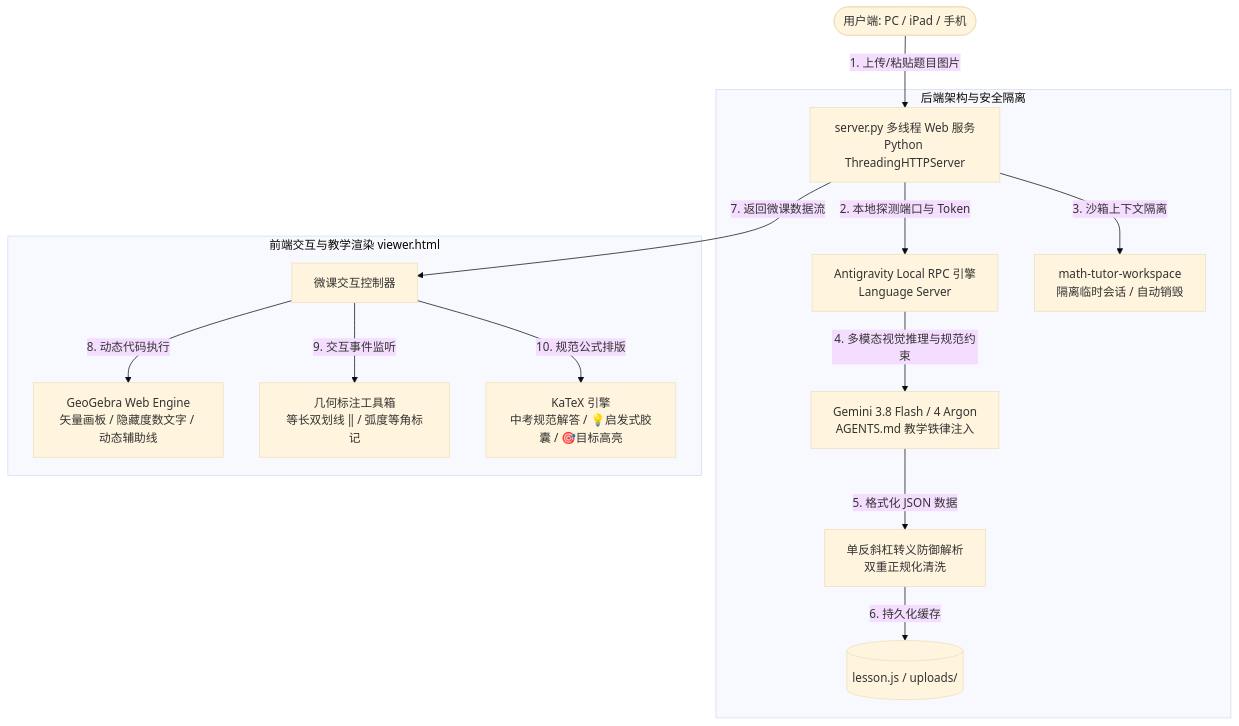
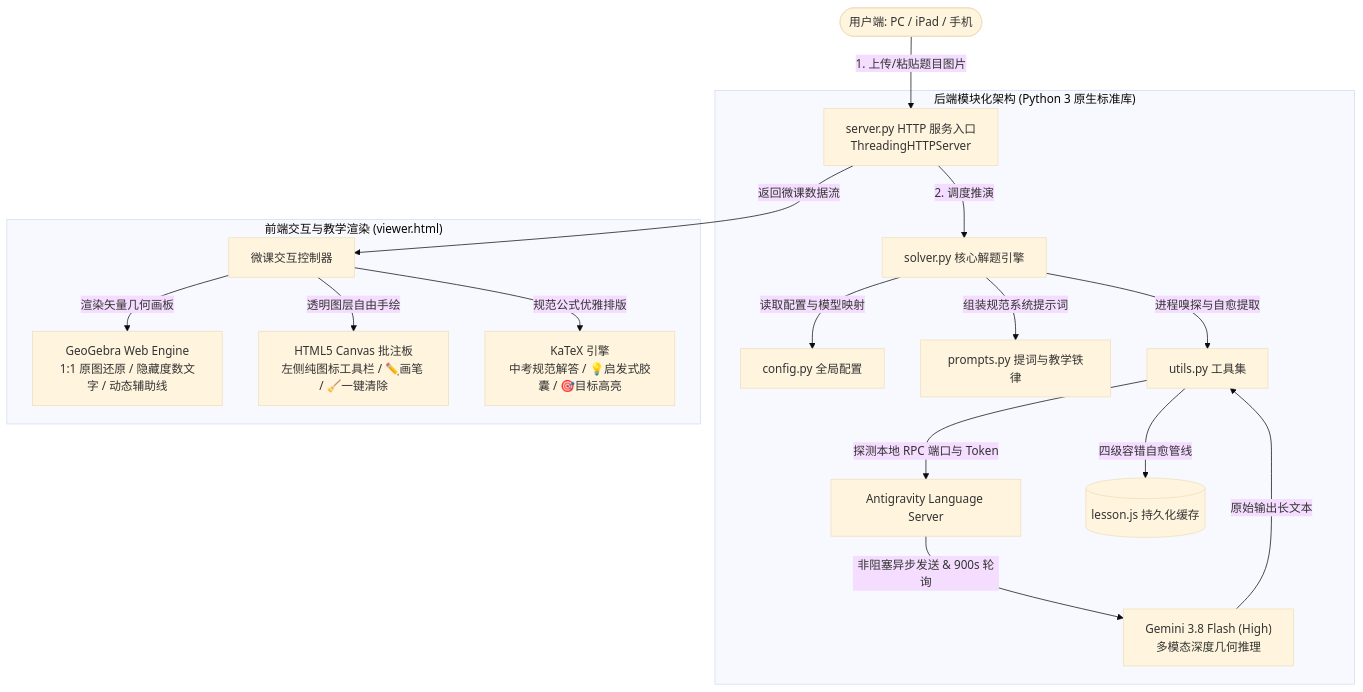
The diagram in README.md (kkt0474/math_tutor), drawn with Mermaid (base theme) before and after one commit. The commit also changed other lines of this file and 14 other files, not shown here.

````diff
--- a/README.md
+++ b/README.md
@@ -33,19 +41,22 @@
 ```mermaid
 flowchart TD
-    User(["用户端: PC / iPad / 手机"]) -->|1. 上传/粘贴题目图片| Server["server.py 多线程 Web 服务<br/>Python ThreadingHTTPServer"]
+    User(["用户端: PC / iPad / 手机"]) -->|1. 上传/粘贴题目图片| Server["server.py HTTP 服务入口<br/>ThreadingHTTPServer"]
     
-    subgraph Backend ["后端架构与安全隔离"]
-        Server -->|2. 本地探测端口与 Token| LocalRPC["Antigravity Local RPC 引擎<br/>Language Server"]
-        Server -->|3. 沙箱上下文隔离| Sandbox["math-tutor-workspace<br/>隔离临时会话 / 自动销毁"]
-        LocalRPC -->|4. 多模态视觉推理与规范约束| Model["Gemini 3.8 Flash / 4 Argon<br/>AGENTS.md 教学铁律注入"]
-        Model -->|5. 格式化 JSON 数据| ParseDefense["单反斜杠转义防御解析<br/>双重正规化清洗"]
-        ParseDefense -->|6. 持久化缓存| LessonStorage[("lesson.js / uploads/")]
+    subgraph Backend ["后端模块化架构 (Python 3 原生标准库)"]
+        Server -->|2. 调度推演| Solver["solver.py 核心解题引擎"]
+        Solver -->|读取配置与模型映射| Config["config.py 全局配置"]
+        Solver -->|组装规范系统提示词| Prompts["prompts.py 提词与教学铁律"]
+        Solver -->|进程嗅探与自愈提取| Utils["utils.py 工具集"]
+        Utils -->|探测本地 RPC 端口与 Token| LocalRPC["Antigravity Language Server"]
+        LocalRPC -->|非阻塞异步发送 & 900s 轮询| Model["Gemini 3.8 Flash (High)<br/>多模态深度几何推理"]
+        Model -->|原始输出长文本| Utils
+        Utils -->|四级容错自愈管线| LessonStorage[("lesson.js 持久化缓存")]
     end
 
-    subgraph Frontend ["前端交互与教学渲染 viewer.html"]
-        Server -->|7. 返回微课数据流| ViewCtrl["微课交互控制器"]
-        ViewCtrl -->|8. 动态代码执行| GGB["GeoGebra Web Engine<br/>矢量画板 / 隐藏度数文字 / 动态辅助线"]
-        ViewCtrl -->|9. 交互事件监听| Annotate["几何标注工具箱<br/>等长双划线 ‖ / 弧度等角标记"]
-        ViewCtrl -->|10. 规范公式排版| KaTeX["KaTeX 引擎<br/>中考规范解答 / 💡启发式胶囊 / 🎯目标高亮"]
+    subgraph Frontend ["前端交互与教学渲染 (viewer.html)"]
+        Server -->|返回微课数据流| ViewCtrl["微课交互控制器"]
+        ViewCtrl -->|渲染矢量几何画板| GGB["GeoGebra Web Engine<br/>1:1 原图还原 / 隐藏度数文字 / 动态辅助线"]
+        ViewCtrl -->|透明图层自由手绘| CanvasLayer["HTML5 Canvas 批注板<br/>左侧纯图标工具栏 / ✏️画笔 / 🧹一键清除"]
+        ViewCtrl -->|规范公式优雅排版| KaTeX["KaTeX 引擎<br/>中考规范解答 / 💡启发式胶囊 / 🎯目标高亮"]
     end
 ```
````
